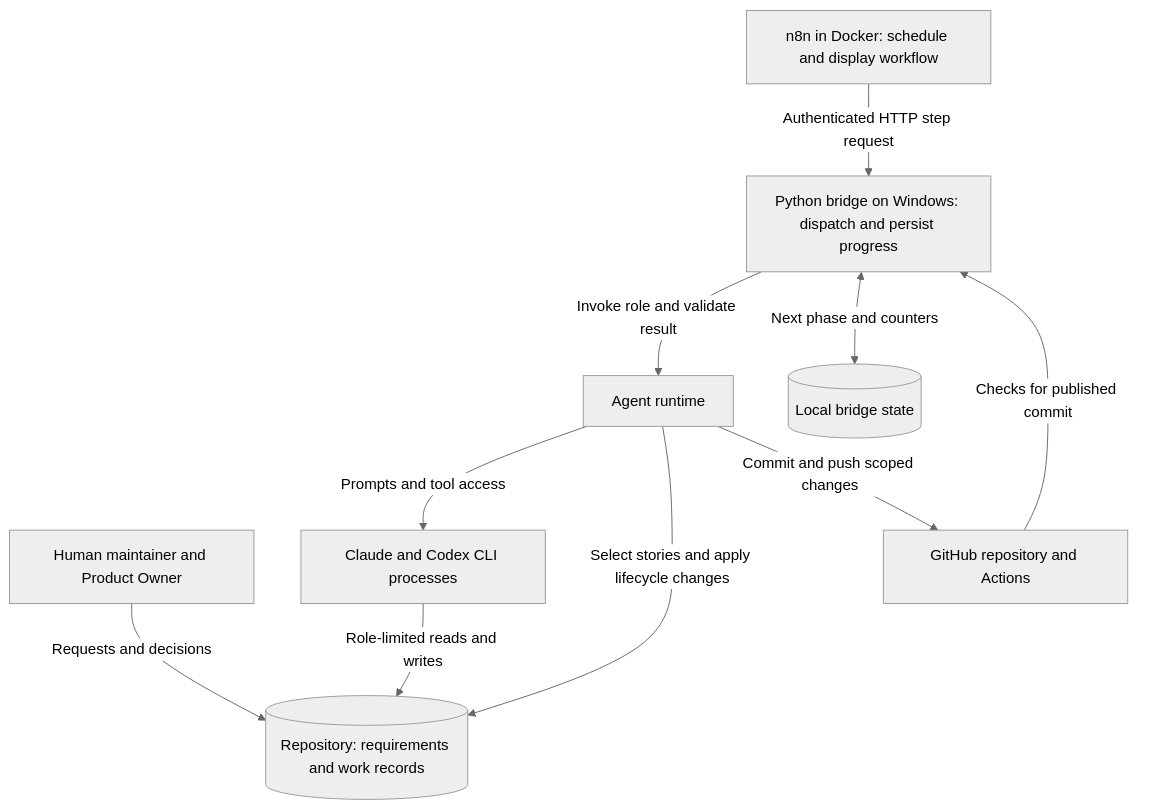
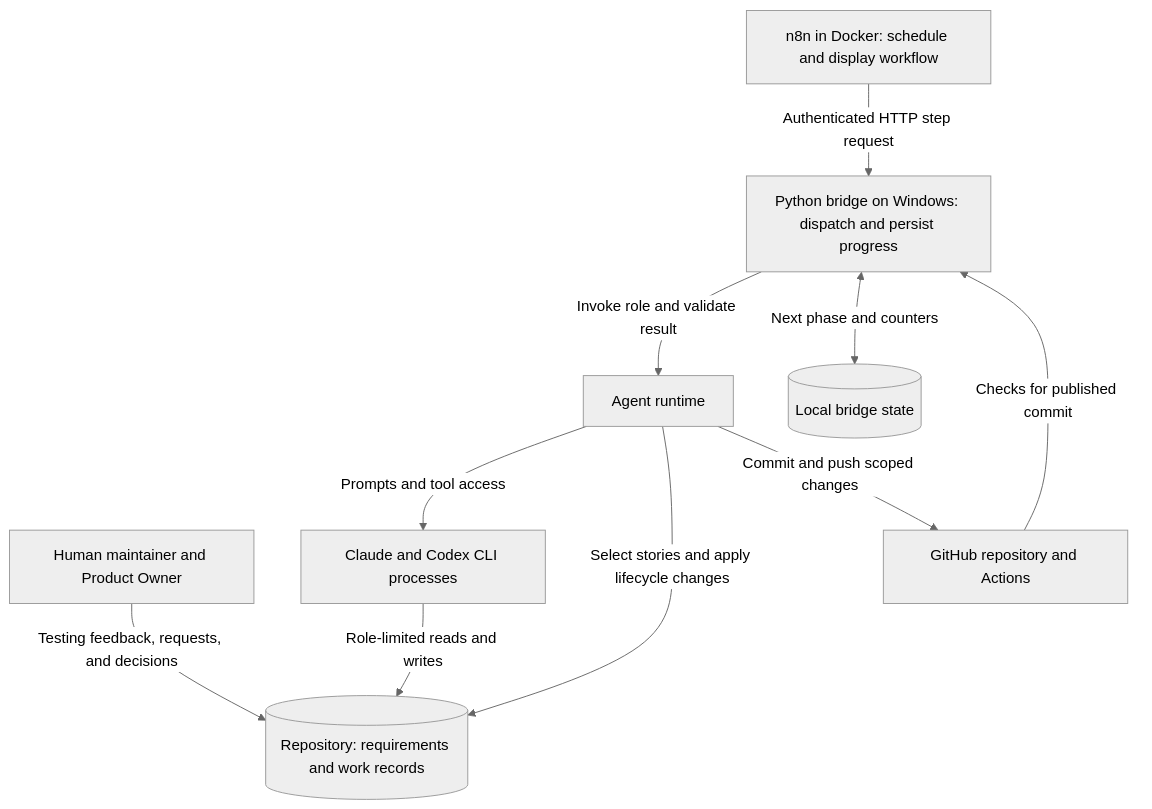
The diagram in agent/docs/ARCHITECTURE.md (Nebettadjsr/GW2), drawn with Mermaid (neutral theme) before and after one commit. The commit also changed other lines of this file and 5 other files, not shown here.

Commit message:
docs: restore project history and human feedback intent

````diff
--- a/agent/docs/ARCHITECTURE.md
+++ b/agent/docs/ARCHITECTURE.md
@@ -11,12 +13,12 @@
 ```mermaid
 flowchart TB
-    H[Human maintainer and Product Owner] -->|Requests and decisions| R[(Repository: requirements and work records)]
+    H[Human maintainer and Product Owner] -->|Testing feedback, requests, and decisions| R[(Repository: requirements and work records)]
     N[n8n in Docker: schedule and display workflow] -->|Authenticated HTTP step request| B[Python bridge on Windows: dispatch and persist progress]
     B -->|Invoke role and validate result| T[Agent runtime]
     T -->|Prompts and tool access| M[Claude and Codex CLI processes]
     M -->|Role-limited reads and writes| R
     T -->|Select stories and apply lifecycle changes| R
     B <-->|Next phase and counters| S[(Local bridge state)]
     T -->|Commit and push scoped changes| G[GitHub repository and Actions]
     G -->|Checks for published commit| B
 ```
````
